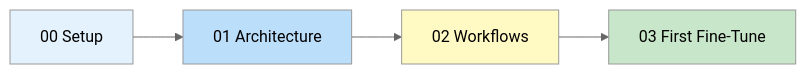
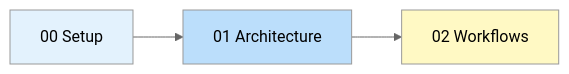
Before and after one commit to Parv17k/llm-fine-tuning-guide: the diagram in content/02-introduction/02-introduction-overview.md, drawn with Mermaid (neutral theme). The commit also changed other lines of this file and 1 other file, not shown here.

````diff
--- a/content/02-introduction/02-introduction-overview.md
+++ b/content/02-introduction/02-introduction-overview.md
@@ -49,11 +51,9 @@
 ```mermaid
 flowchart LR
     A[00 Setup] --> B[01 Architecture]
     B --> C[02 Workflows]
-    C --> D[03 First Fine-Tune]
     
     style A fill:#e3f2fd
     style B fill:#bbdefb
     style C fill:#fff9c4
-    style D fill:#c8e6c9
 ```
````
